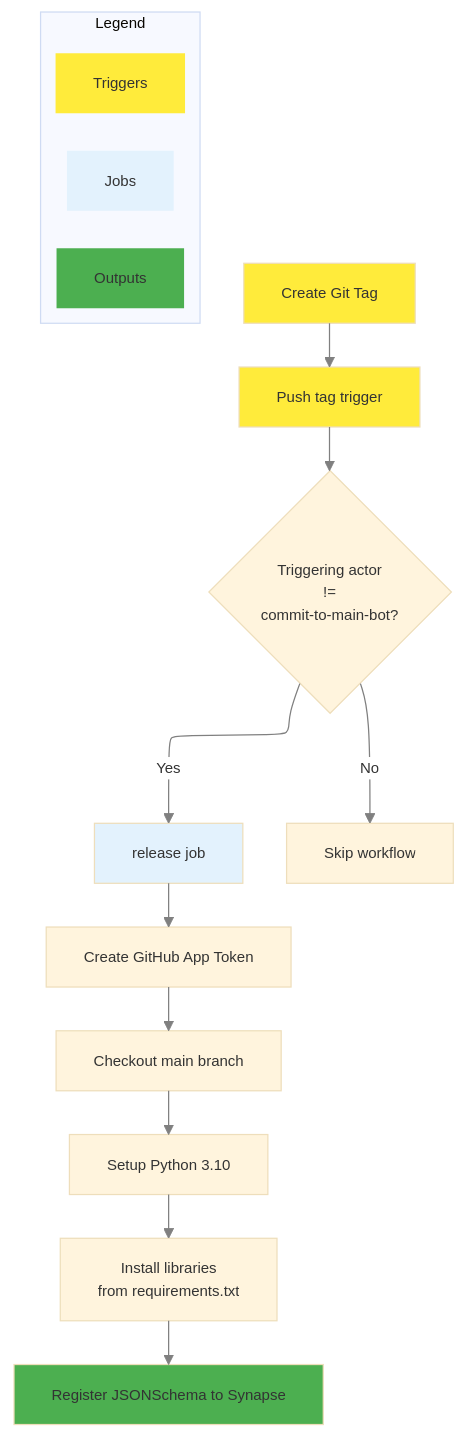
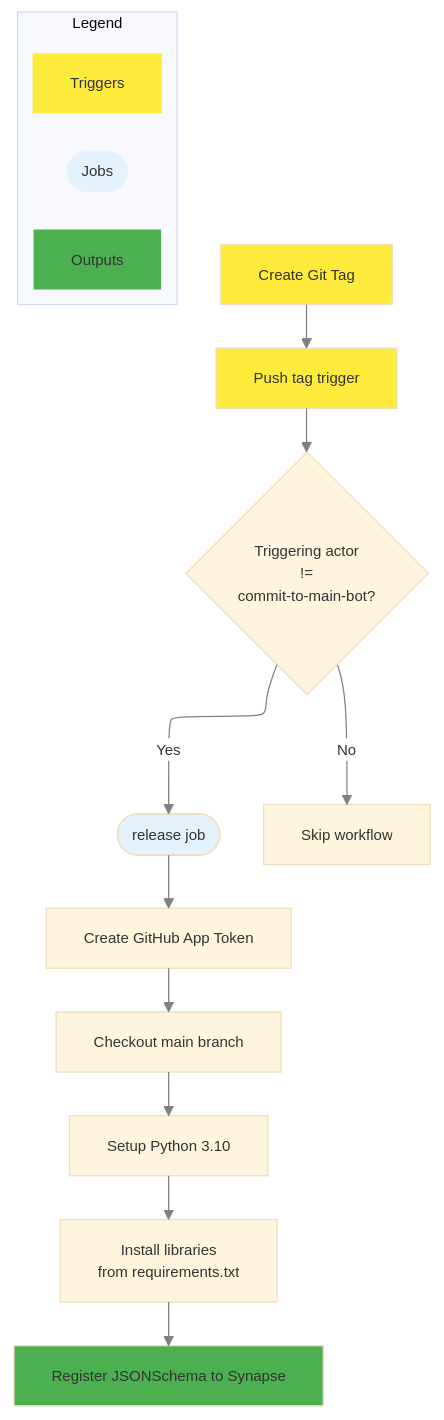
Before and after one commit to adknowledgeportal/data-models: the second of 2 diagrams in .github/workflows/README.md, drawn with Mermaid. The commit also changed other lines of this file, not shown here.

Commit message:
change style of jobs

````diff
--- a/.github/workflows/README.md
+++ b/.github/workflows/README.md
@@ -146,31 +146,31 @@
 ```mermaid
 %%{init: {"flowchart": {"defaultRenderer": "elk"}, "theme": "base", "themeVariables": {"fontSize": "12px", "lineColor": "#ffffff", "edgeLabelBackground": "#ffffff"}}}%%
     flowchart TD
     A[Create Git Tag] --> B[Push tag trigger]
     
     B --> C{Triggering actor<br>!=<br>commit-to-main-bot?}
-    C -->|Yes| D[release job]
+    C -->|Yes| D([release job])
     C -->|No| Z[Skip workflow]
     
     D --> D1[Create GitHub App Token]
     D1 --> D2[Checkout main branch]
     D2 --> D3[Setup Python 3.10]
     D3 --> D4[Install libraries<br>from requirements.txt]
     D4 --> D5[Register JSONSchema to Synapse]
     subgraph Legend
         direction TB
         triggers[Triggers]
-        jobs[Jobs]
+        jobs([Jobs])
         outputs[Outputs]
         triggers ~~~ jobs ~~~ outputs
         style triggers fill:#ffeb3b,stroke-width:0px
         style jobs fill:#e3f2fd,stroke-width:0px
         style outputs fill:#4caf50,stroke-width:0px
     end
     
     linkStyle default stroke: gray
     style A fill:#ffeb3b
     style B fill:#ffeb3b
     style D fill:#e3f2fd
     style D5 fill:#4caf50
 ```
````
